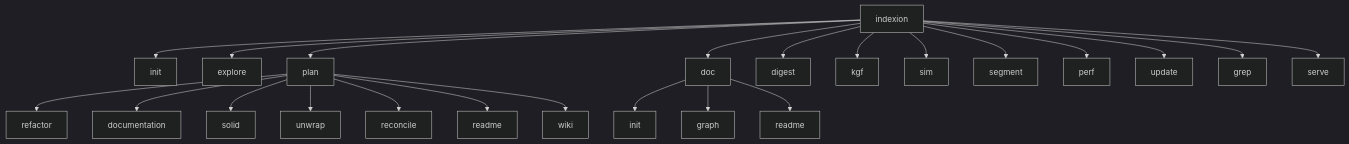
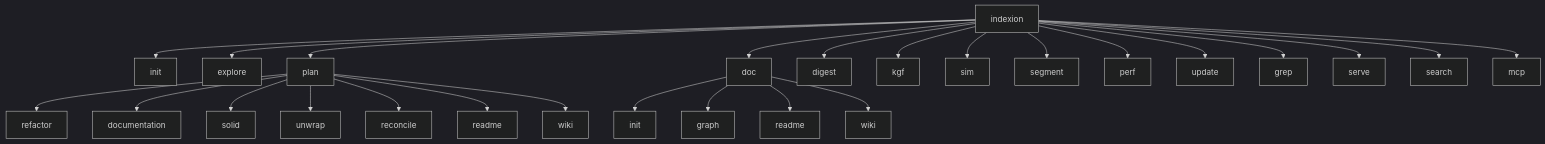
One commit to trkbt10/indexion changed the diagram in wiki/CLI-Commands.md. Above: the diagram before and after it, drawn with Mermaid (dark theme). The commit also changed other lines of this file and 35 other files, not shown here.

````diff
--- a/wiki/CLI-Commands.md
+++ b/wiki/CLI-Commands.md
@@ -6,28 +6,31 @@
 ```mermaid
 flowchart TD
     INDEXION[indexion]
     INDEXION --> INIT[init]
     INDEXION --> EXPLORE[explore]
     INDEXION --> PLAN[plan]
     INDEXION --> DOC[doc]
     INDEXION --> DIGEST[digest]
     INDEXION --> KGF[kgf]
     INDEXION --> SIM[sim]
     INDEXION --> SEGMENT[segment]
     INDEXION --> PERF[perf]
     INDEXION --> UPDATE[update]
     INDEXION --> GREP[grep]
     INDEXION --> SERVE[serve]
+    INDEXION --> SEARCH[search]
+    INDEXION --> MCP[mcp]
 
     PLAN --> PR[refactor]
     PLAN --> PD[documentation]
     PLAN --> PS[solid]
     PLAN --> PU[unwrap]
     PLAN --> PREC[reconcile]
     PLAN --> PREADME[readme]
     PLAN --> PWIKI[wiki]
 
     DOC --> DI[init]
     DOC --> DG[graph]
     DOC --> DR[readme]
+    DOC --> DW[wiki]
 ```
````
